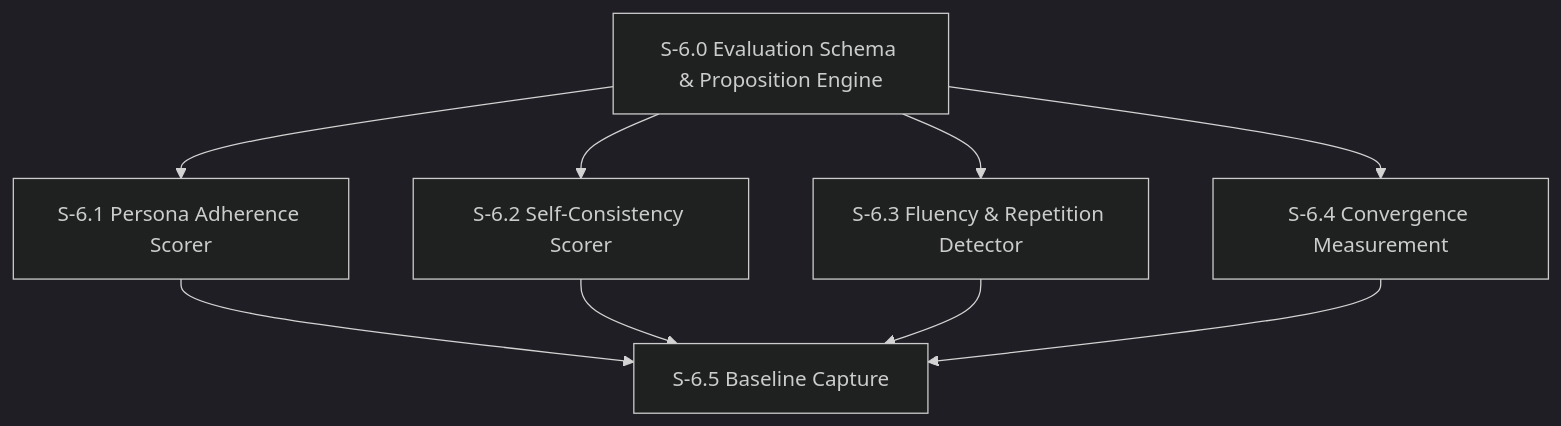
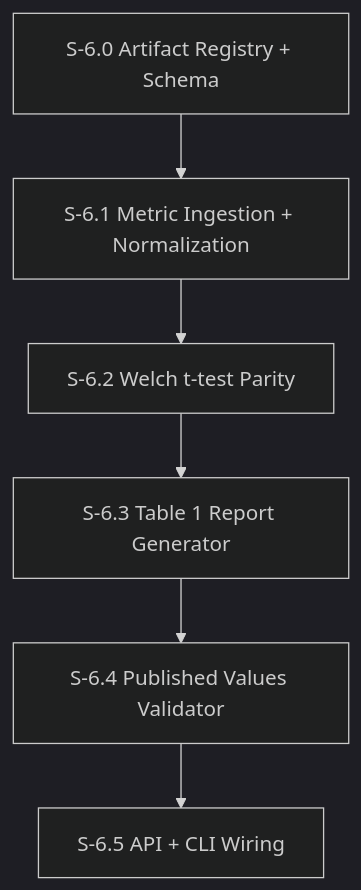
One commit to pedropaulovc/the-office changed the diagram in spec/plan/milestone-6-persona-drift-measurement.md. Above: the diagram before and after it, drawn with Mermaid (dark theme). The commit also changed other lines of this file and 6 other files, not shown here.

First line of the commit message:
Add TinyTroupe Table 1 baseline and runner

````diff
--- a/spec/plan/milestone-6-persona-drift-measurement.md
+++ b/spec/plan/milestone-6-persona-drift-measurement.md
@@ -7,11 +7,8 @@
 ```mermaid
 graph TD
-    S60[S-6.0 Evaluation Schema & Proposition Engine] --> S61[S-6.1 Persona Adherence Scorer]
-    S60 --> S62[S-6.2 Self-Consistency Scorer]
-    S60 --> S63[S-6.3 Fluency & Repetition Detector]
-    S60 --> S64[S-6.4 Convergence Measurement]
-    S61 --> S65[S-6.5 Baseline Capture]
-    S62 --> S65
-    S63 --> S65
-    S64 --> S65
+    S60[S-6.0 Artifact Registry + Schema] --> S61[S-6.1 Metric Ingestion + Normalization]
+    S61 --> S62[S-6.2 Welch t-test Parity]
+    S62 --> S63[S-6.3 Table 1 Report Generator]
+    S63 --> S64[S-6.4 Published Values Validator]
+    S64 --> S65[S-6.5 API + CLI Wiring]
 ```
````
